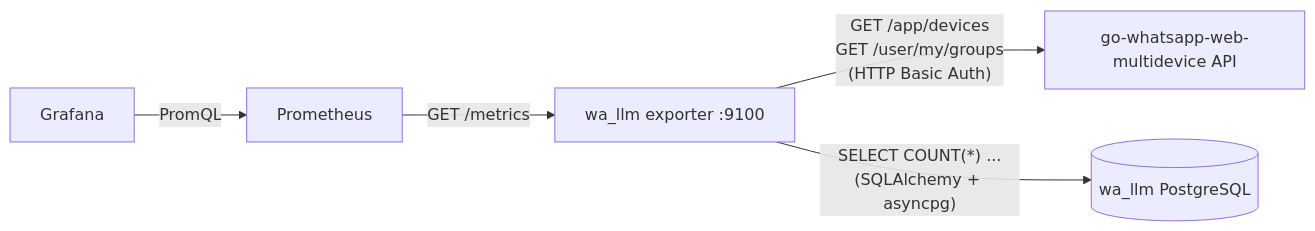
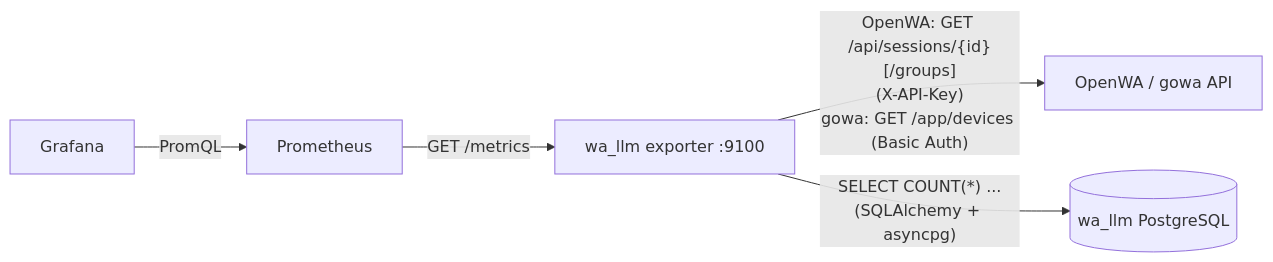
The diagram in README.md (t0mer/wa_llm_exporter), drawn with Mermaid before and after one commit. The commit also changed other lines of this file, not shown here.

Commit message:
docs: document OpenWA backend, new metrics and env vars

````diff
--- a/README.md
+++ b/README.md
@@ -54,7 +56,7 @@
 ```mermaid
 flowchart LR
     P[Prometheus] -- "GET /metrics" --> E[wa_llm exporter :9100]
-    E -- "GET /app/devices<br/>GET /user/my/groups<br/>(HTTP Basic Auth)" --> W[go-whatsapp-web-multidevice API]
+    E -- "OpenWA: GET /api/sessions/{id}[/groups]<br/>(X-API-Key)<br/>gowa: GET /app/devices (Basic Auth)" --> W[OpenWA / gowa API]
     E -- "SELECT COUNT(*) ...<br/>(SQLAlchemy + asyncpg)" --> D[(wa_llm PostgreSQL)]
     G[Grafana] -- PromQL --> P
 ```
````
